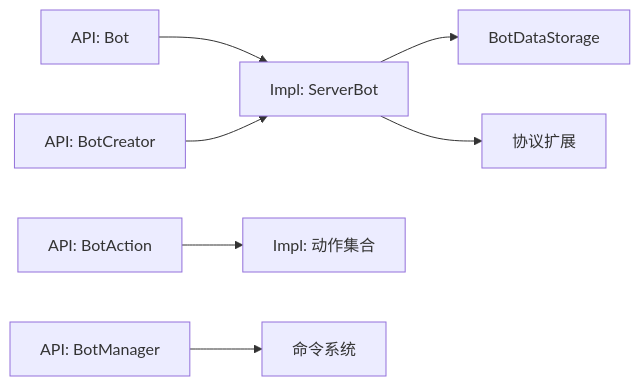
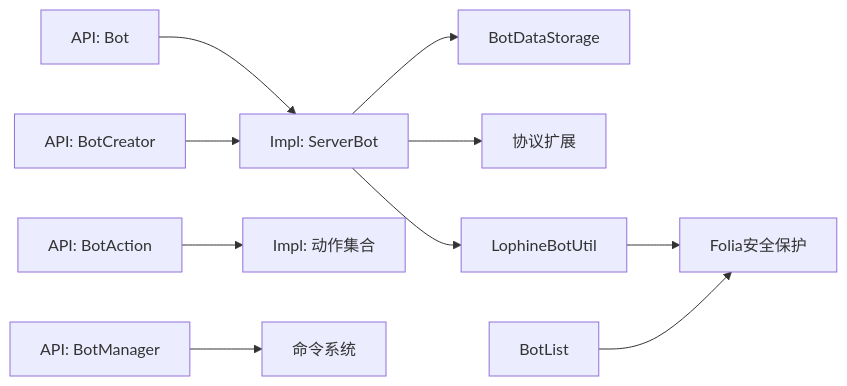
Before and after one commit to xucy10/Lophine1.21.11: the ninth of 9 diagrams in .qoder/repowiki/zh/content/机器人系统/机器人系统.md, drawn with Mermaid. The commit also changed other lines of this file and 54 other files, not shown here.

````diff
--- a/.qoder/repowiki/zh/content/机器人系统/机器人系统.md
+++ b/.qoder/repowiki/zh/content/机器人系统/机器人系统.md
@@ -368,9 +497,12 @@
 ```mermaid
 graph LR
 API_Bot["API: Bot"] --> Impl_ServerBot["Impl: ServerBot"]
 API_Action["API: BotAction"] --> Impl_Actions["Impl: 动作集合"]
 API_Manager["API: BotManager"] --> Cmd["命令系统"]
 API_Creator["API: BotCreator"] --> Impl_ServerBot
 Impl_ServerBot --> Store["BotDataStorage"]
 Impl_ServerBot --> Proto["协议扩展"]
+Impl_ServerBot --> LBU["LophineBotUtil"]
+LBU --> Safety["Folia安全保护"]
+BotList --> Safety
 ```
````
